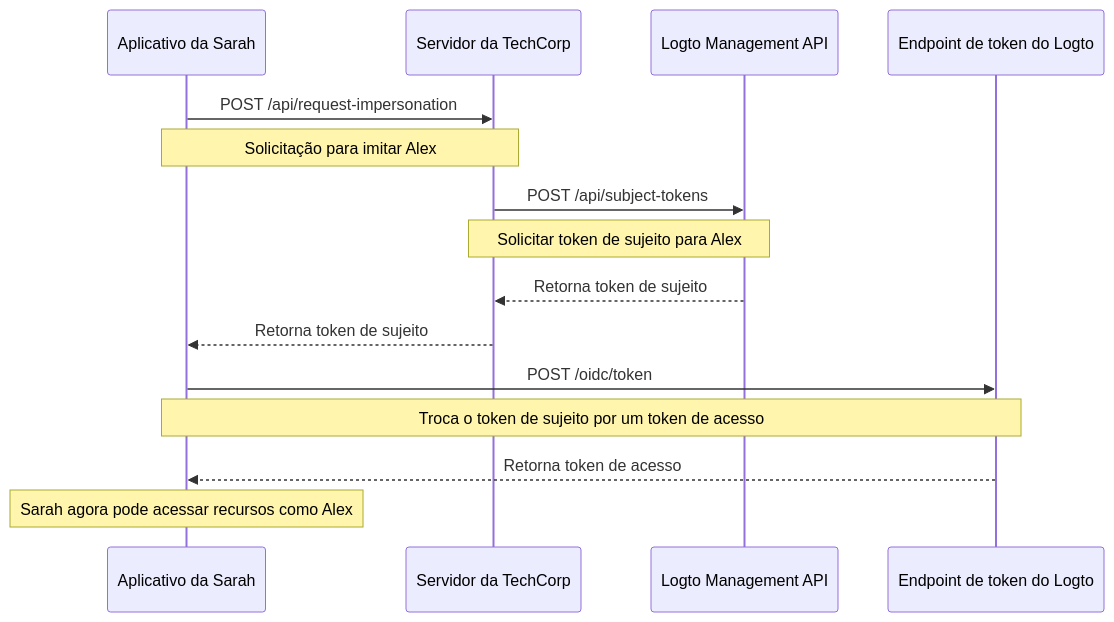
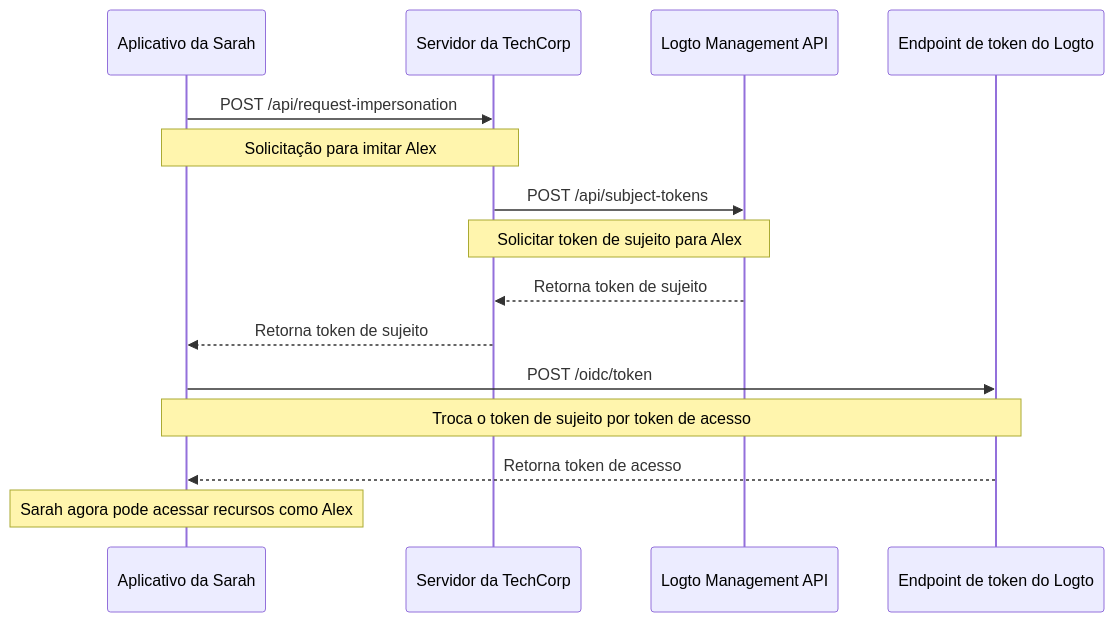
One commit to logto-io/docs changed the diagram in i18n/pt-BR/docusaurus-plugin-content-docs/current/developers/user-impersonation.mdx. Above: the diagram before and after it, drawn with Mermaid. The commit also changed other lines of this file and 666 other files, not shown here.

````diff
--- a/i18n/pt-BR/docusaurus-plugin-content-docs/current/developers/user-impersonation.mdx
+++ b/i18n/pt-BR/docusaurus-plugin-content-docs/current/developers/user-impersonation.mdx
@@ -18,22 +18,22 @@
 ```mermaid
 sequenceDiagram
     participant Sarah as Aplicativo da Sarah
     participant TechCorp as Servidor da TechCorp
     participant Logto as Logto Management API
     participant LogtoToken as Endpoint de token do Logto
 
     Sarah->>TechCorp: POST /api/request-impersonation
     Note over Sarah,TechCorp: Solicitação para imitar Alex
 
     TechCorp->>Logto: POST /api/subject-tokens
     Note over TechCorp,Logto: Solicitar token de sujeito para Alex
 
     Logto-->>TechCorp: Retorna token de sujeito
     TechCorp-->>Sarah: Retorna token de sujeito
 
     Sarah->>LogtoToken: POST /oidc/token
-    Note over Sarah,LogtoToken: Troca o token de sujeito por um token de acesso
+    Note over Sarah,LogtoToken: Troca o token de sujeito por token de acesso
 
     LogtoToken-->>Sarah: Retorna token de acesso
     Note over Sarah: Sarah agora pode acessar recursos como Alex
 ```
````
